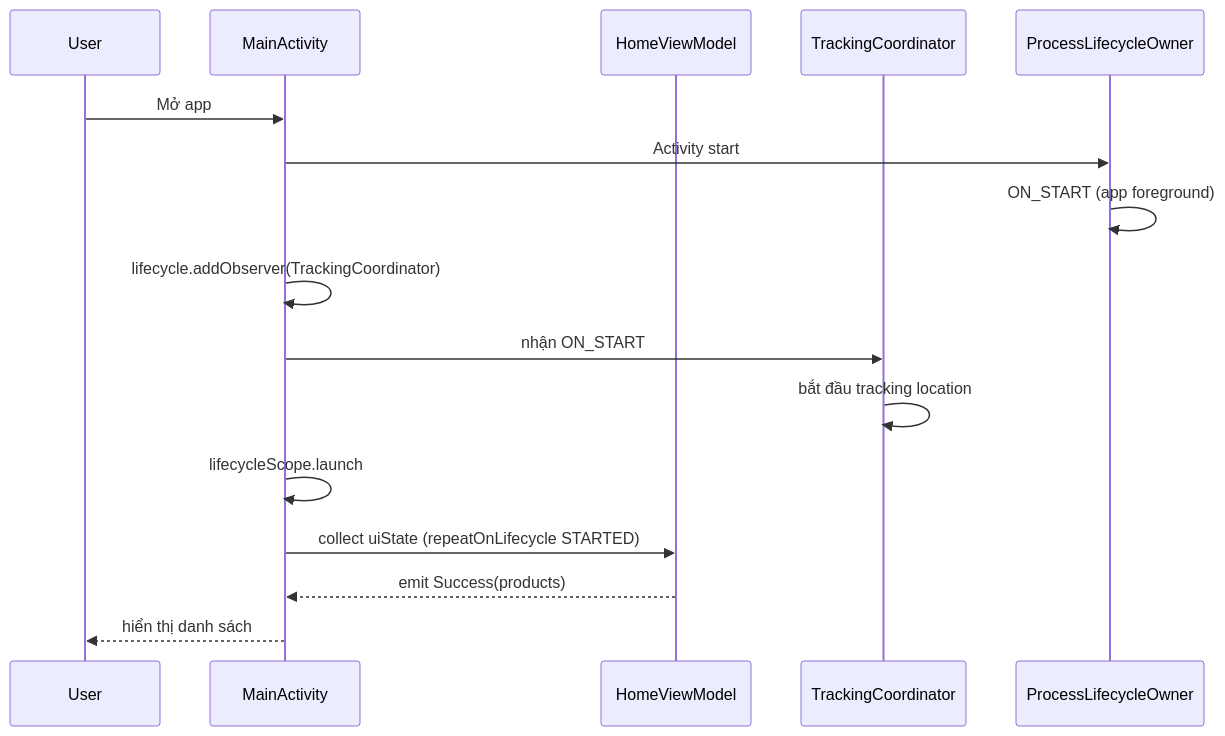
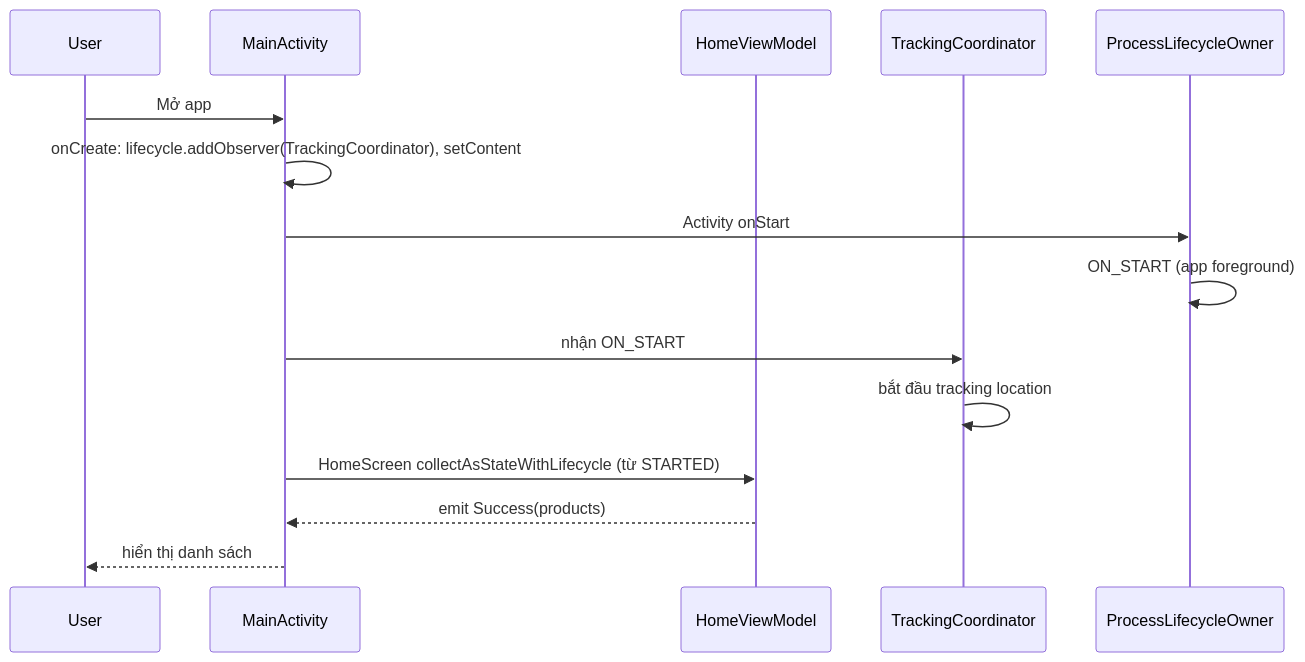
The fifth of 5 diagrams in knowledge/android/docs/session_04/components/activity/lifecycle.md (h1eu/knowledge), drawn with Mermaid before and after one commit. The commit also changed other lines of this file and 76 other files, not shown here.

First line of the commit message:
docs(android): add Compose Overview, fix S01–S05 facts and diagrams

````diff
--- a/knowledge/android/docs/session_04/components/activity/lifecycle.md
+++ b/knowledge/android/docs/session_04/components/activity/lifecycle.md
@@ -468,19 +469,18 @@
 ```mermaid
 sequenceDiagram
     participant U as User
     participant A as MainActivity
     participant VM as HomeViewModel
     participant C as TrackingCoordinator
     participant P as ProcessLifecycleOwner
 
     U->>A: Mở app
-    A->>P: Activity start
+    A->>A: onCreate: lifecycle.addObserver(TrackingCoordinator), setContent
+    A->>P: Activity onStart
     P->>P: ON_START (app foreground)
-    A->>A: lifecycle.addObserver(TrackingCoordinator)
     A->>C: nhận ON_START
     C->>C: bắt đầu tracking location
-    A->>A: lifecycleScope.launch
-    A->>VM: collect uiState (repeatOnLifecycle STARTED)
+    A->>VM: HomeScreen collectAsStateWithLifecycle (từ STARTED)
     VM-->>A: emit Success(products)
     A-->>U: hiển thị danh sách
 ```
````
